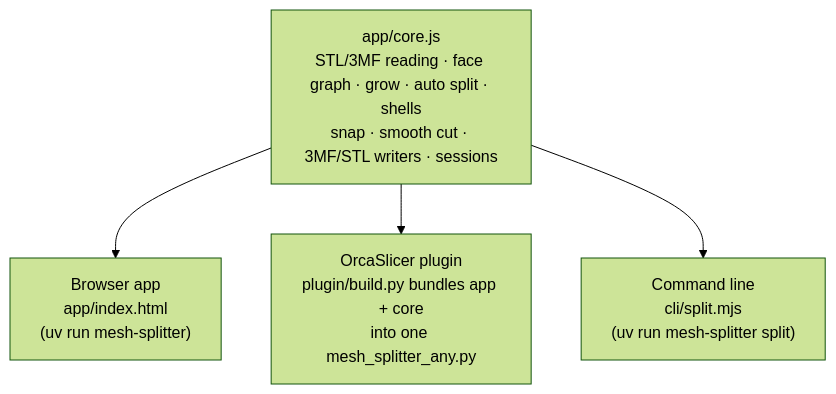
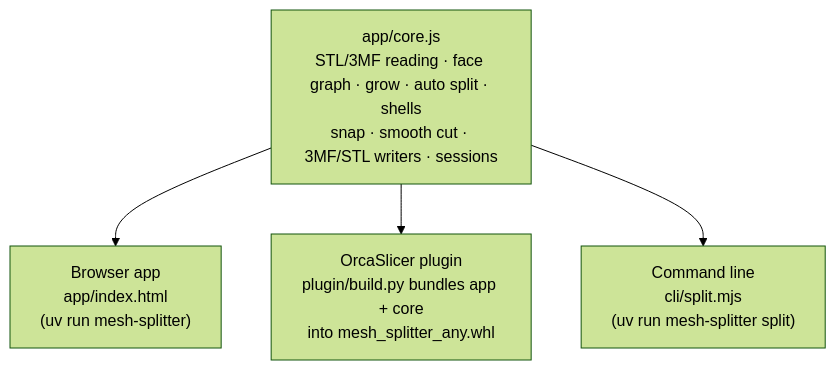
The second of 4 diagrams in docs/how-it-works.md (d-carrigg/mesh-splitter), drawn with Mermaid (forest theme) before and after one commit. The commit also changed 9 other files, not shown here.

First line of the commit message:
fix: ship the OrcaSlicer plugin as a plain wheel instead of an encoded .py

````diff
--- a/docs/how-it-works.md
+++ b/docs/how-it-works.md
@@ -83,10 +83,10 @@
 ```mermaid
 flowchart TB
   core["app/core.js<br/>STL/3MF reading · face graph · grow · auto split · shells<br/>snap · smooth cut · 3MF/STL writers · sessions"]
   app["Browser app<br/>app/index.html<br/>(uv run mesh-splitter)"]
-  plugin["OrcaSlicer plugin<br/>plugin/build.py bundles app + core<br/>into one mesh_splitter_any.py"]
+  plugin["OrcaSlicer plugin<br/>plugin/build.py bundles app + core<br/>into mesh_splitter_any.whl"]
   cli["Command line<br/>cli/split.mjs<br/>(uv run mesh-splitter split)"]
   core --> app
   core --> plugin
   core --> cli
 ```
````
